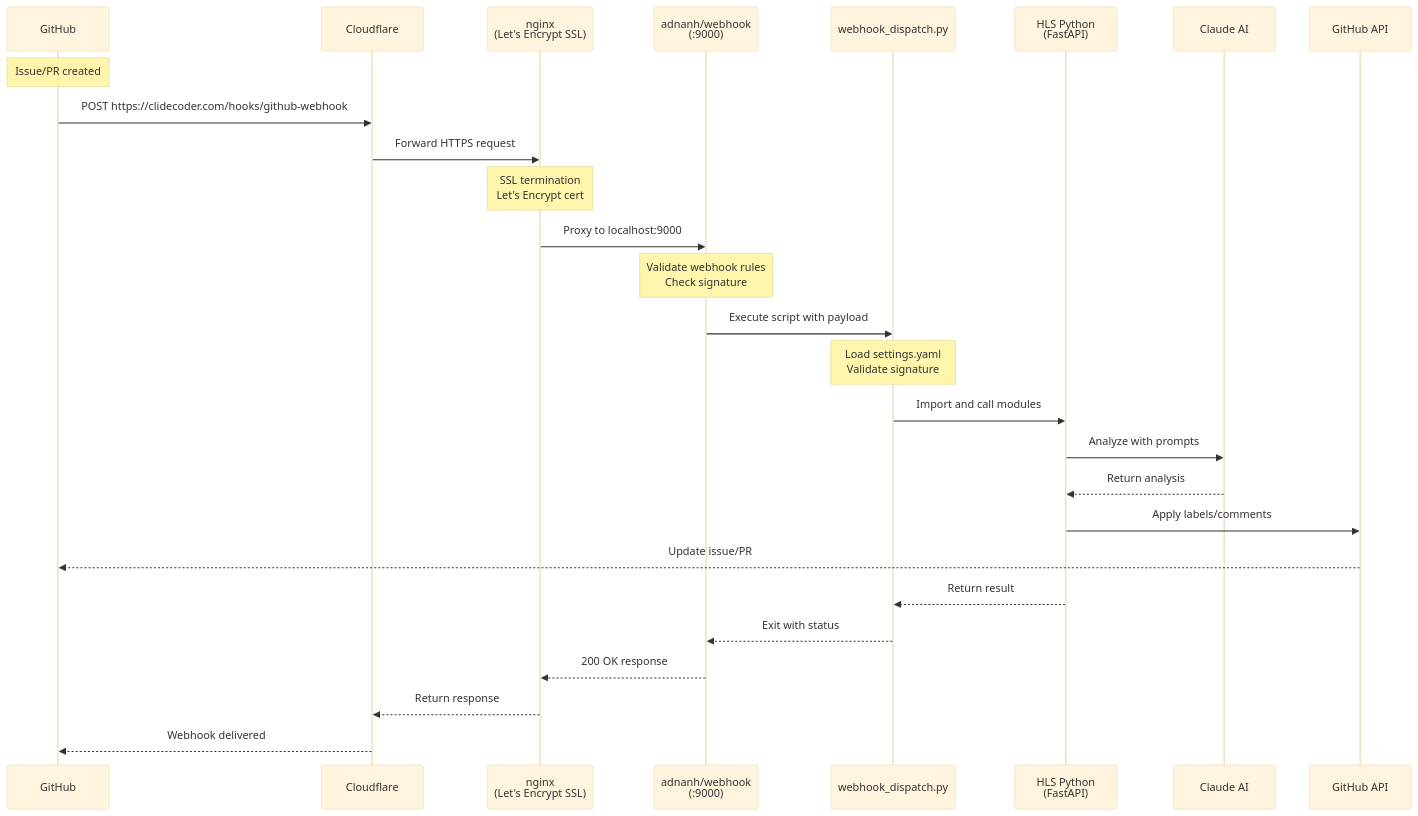
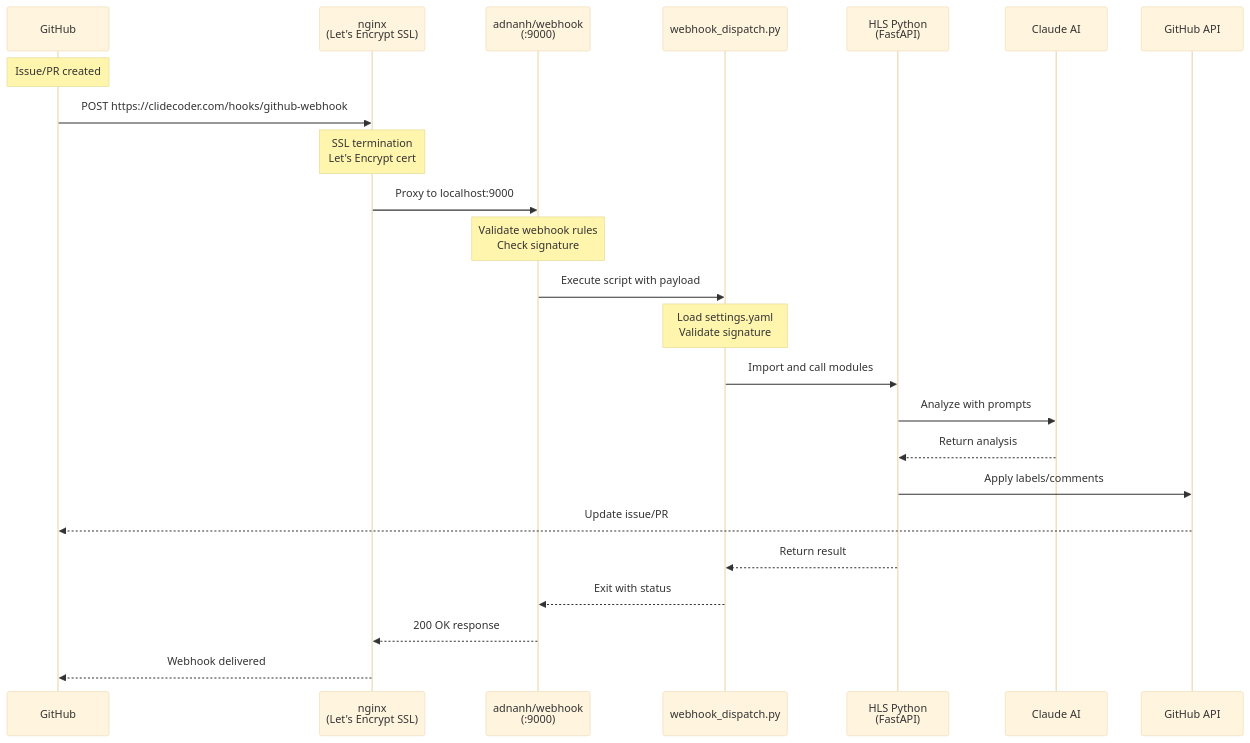
Before and after one commit to clidecoder/hls: the diagram in README.md, drawn with Mermaid (base theme).

Commit message:
Update architecture diagram to remove Cloudflare reference
Remove Cloudflare from sequence diagram since it's not being used.
Direct GitHub to nginx SSL termination flow.

🤖 Generated with [Claude Code](https://claude.ai/code)

````diff
--- a/README.md
+++ b/README.md
@@ -13,30 +13,27 @@
 ```mermaid
 sequenceDiagram
     participant GH as GitHub
-    participant CF as Cloudflare
     participant NG as nginx<br/>(Let's Encrypt SSL)
     participant WH as adnanh/webhook<br/>(:9000)
     participant PY as webhook_dispatch.py
     participant HLS as HLS Python<br/>(FastAPI)
     participant AI as Claude AI
     participant API as GitHub API
 
     Note over GH: Issue/PR created
-    GH->>CF: POST https://clidecoder.com/hooks/github-webhook
-    CF->>NG: Forward HTTPS request
+    GH->>NG: POST https://clidecoder.com/hooks/github-webhook
     Note over NG: SSL termination<br/>Let's Encrypt cert
     NG->>WH: Proxy to localhost:9000
     Note over WH: Validate webhook rules<br/>Check signature
     WH->>PY: Execute script with payload
     Note over PY: Load settings.yaml<br/>Validate signature
     PY->>HLS: Import and call modules
     HLS->>AI: Analyze with prompts
     AI-->>HLS: Return analysis
     HLS->>API: Apply labels/comments
     API-->>GH: Update issue/PR
     HLS-->>PY: Return result
     PY-->>WH: Exit with status
     WH-->>NG: 200 OK response
-    NG-->>CF: Return response
-    CF-->>GH: Webhook delivered
+    NG-->>GH: Webhook delivered
 ```
````
